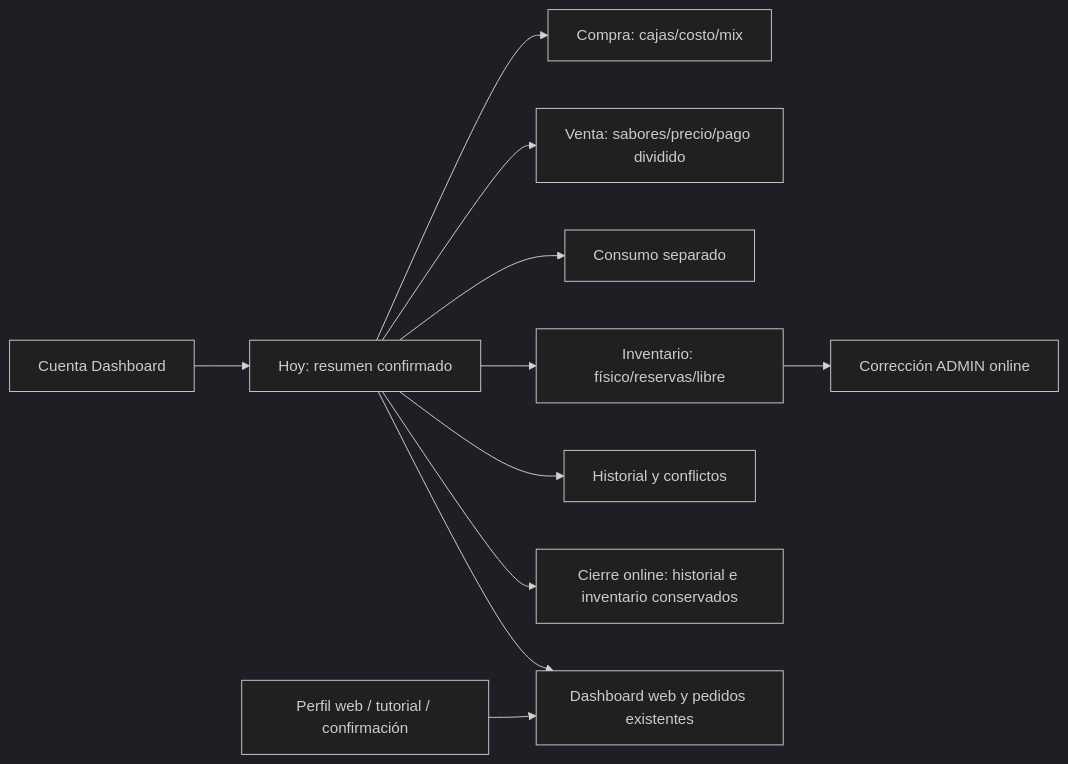
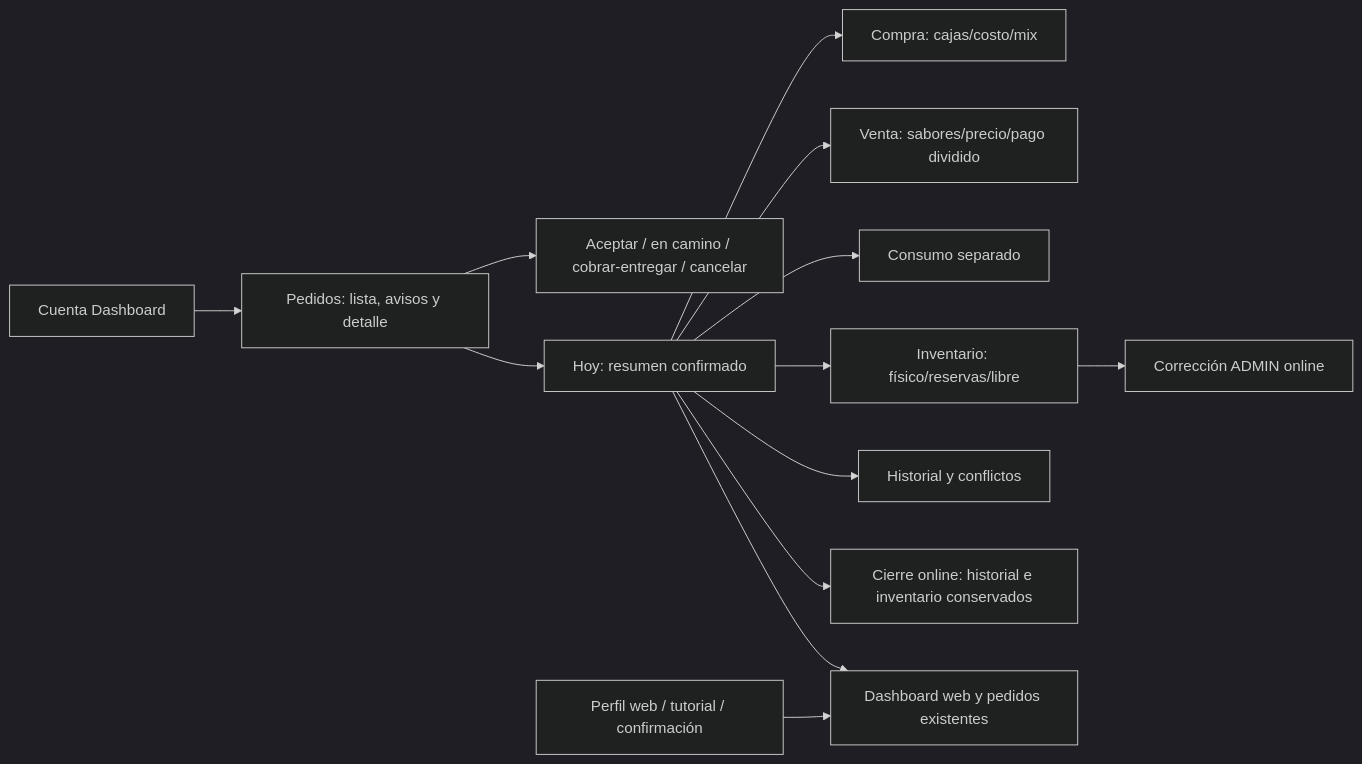
Before and after one commit to NotKingbryanPY/donas-racha: the diagram in docs/knowledge/diagrams/06-ui.mmd, drawn with Mermaid (dark theme). The commit also changed 70 other files, not shown here.

```diff
--- a/docs/knowledge/diagrams/06-ui.mmd
+++ b/docs/knowledge/diagrams/06-ui.mmd
@@ -1,11 +1,13 @@
 flowchart LR
-  account["Cuenta Dashboard"] --> today["Hoy: resumen confirmado"]
+  account["Cuenta Dashboard"] --> orders["Pedidos: lista, avisos y detalle"]
+  orders --> action["Aceptar / en camino / cobrar-entregar / cancelar"]
+  orders --> today["Hoy: resumen confirmado"]
   today --> purchase["Compra: cajas/costo/mix"]
   today --> sale["Venta: sabores/precio/pago dividido"]
   today --> consume["Consumo separado"]
   today --> inventory["Inventario: físico/reservas/libre"]
   inventory --> correction["Corrección ADMIN online"]
   today --> history["Historial y conflictos"]
   today --> close["Cierre online: historial e inventario conservados"]
   today --> dashboard["Dashboard web y pedidos existentes"]
   profile["Perfil web / tutorial / confirmación"] --> dashboard
```
